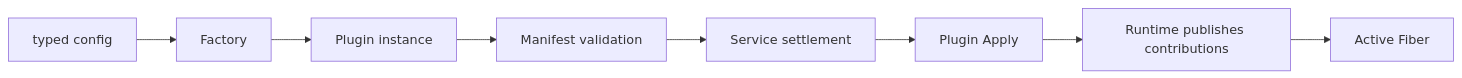
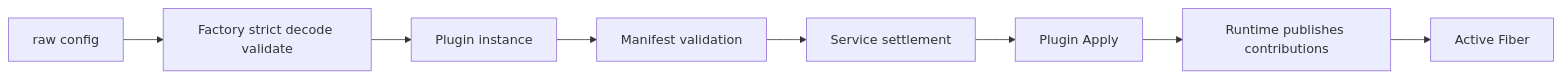
The first of 2 diagrams in plugin/README.zh-CN.md (gorenx/goren), drawn with Mermaid before and after one commit. The commit also changed other lines of this file and 1 other file, not shown here.

Commit message:
docs(plugin): simplify factory configuration boundary

````diff
--- a/plugin/README.zh-CN.md
+++ b/plugin/README.zh-CN.md
@@ -21,10 +21,10 @@
 ```mermaid
 flowchart LR
-    Config[typed config] --> Factory[Factory]
+    Source[raw config] --> Factory[Factory strict decode validate]
     Factory --> Instance[Plugin instance]
     Instance --> Manifest[Manifest validation]
     Manifest --> Settlement[Service settlement]
     Settlement --> Apply[Plugin Apply]
     Apply --> Publish[Runtime publishes contributions]
     Publish --> Active[Active Fiber]
 ```
````
